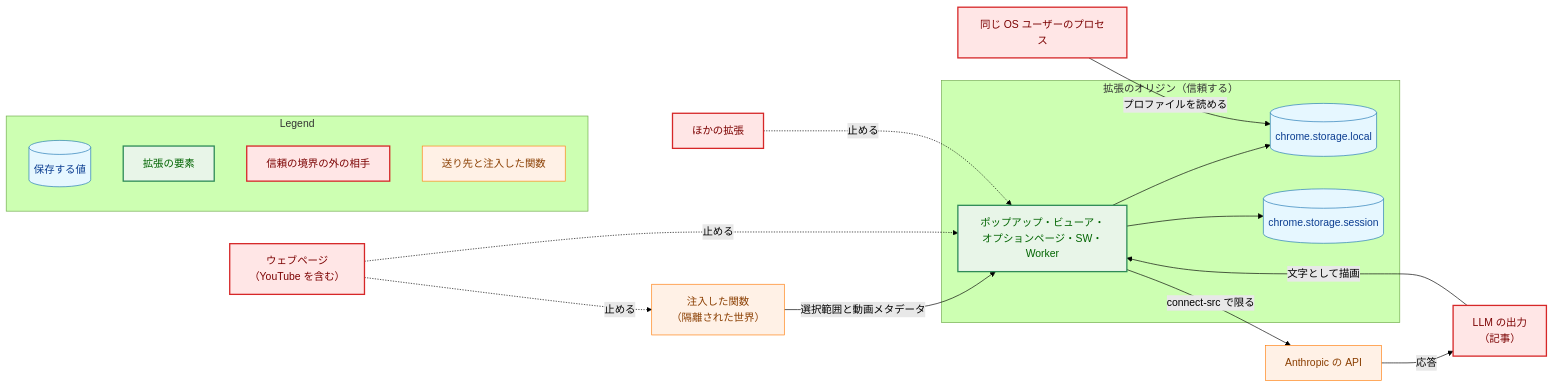
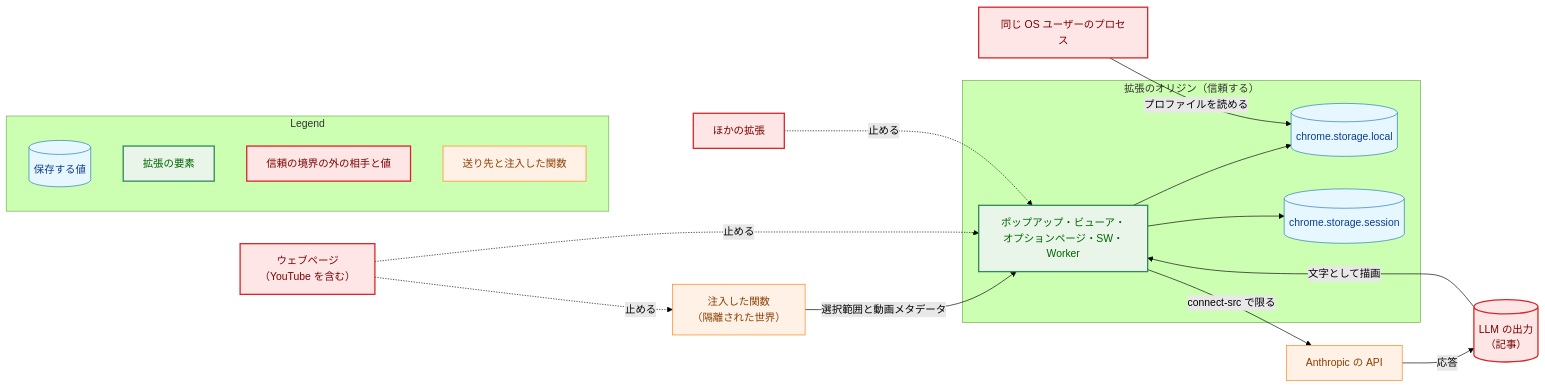
One commit to isseis/yt2column changed the fifth of 9 diagrams in docs/tasks/0090_extension_only_architecture/02_architecture.md. Above: the diagram before and after it, drawn with Mermaid (forest theme). The commit also changed other lines of this file and 15 other files, not shown here.

First line of the commit message:
docs(0090): apply the panel review and the prose pass to the architecture

````diff
--- a/docs/tasks/0090_extension_only_architecture/02_architecture.md
+++ b/docs/tasks/0090_extension_only_architecture/02_architecture.md
@@ -753,46 +948,46 @@
 ```mermaid
 flowchart LR
     classDef data fill:#e6f7ff,stroke:#1f77b4,stroke-width:1px,color:#0b3d91;
     classDef process fill:#fff1e6,stroke:#ff7f0e,stroke-width:1px,color:#8a3e00;
     classDef enhanced fill:#e8f5e8,stroke:#2e8b57,stroke-width:2px,color:#006400;
     classDef problem fill:#ffe6e6,stroke:#d62728,stroke-width:2px,color:#7b0000;
 
     subgraph Origin["拡張のオリジン（信頼する）"]
         PAGES["ポップアップ・ビューア・<br>オプションページ・SW・Worker"]
         LOCAL[("chrome.storage.local")]
         SESSION[("chrome.storage.session")]
     end
     ISO["注入した関数<br>（隔離された世界）"]
     WEB["ウェブページ<br>（YouTube を含む）"]
     EXT["ほかの拡張"]
-    LLMOUT["LLM の出力<br>（記事）"]
+    LLMOUT[("LLM の出力<br>（記事）")]
     OSU["同じ OS ユーザーのプロセス"]
     API["Anthropic の API"]
 
     PAGES --> LOCAL
     PAGES --> SESSION
     PAGES -->|"connect-src で限る"| API
     API -->|"応答"| LLMOUT
     LLMOUT -->|"文字として描画"| PAGES
     ISO -->|"選択範囲と動画メタデータ"| PAGES
     WEB -.->|"止める"| PAGES
     EXT -.->|"止める"| PAGES
     WEB -.->|"止める"| ISO
     OSU -->|"プロファイルを読める"| LOCAL
 
     class LOCAL,SESSION data
     class PAGES enhanced
     class API,ISO process
     class WEB,EXT,LLMOUT,OSU problem
 
     subgraph Legend["Legend"]
         L1[("保存する値")]
         L2["拡張の要素"]
-        L3["信頼の境界の外の相手"]
+        L3["信頼の境界の外の相手と値"]
         L4["送り先と注入した関数"]
     end
     class L1 data
     class L2 enhanced
     class L3 problem
     class L4 process
 ```
````
